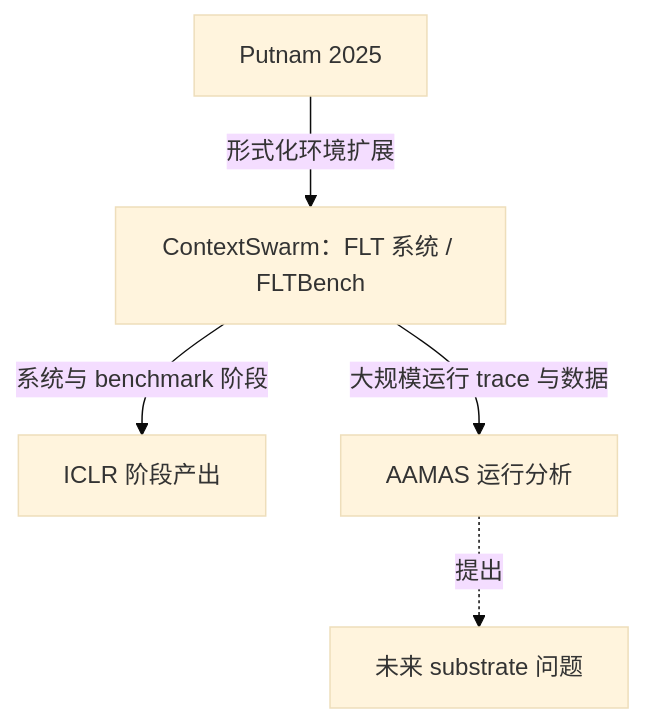
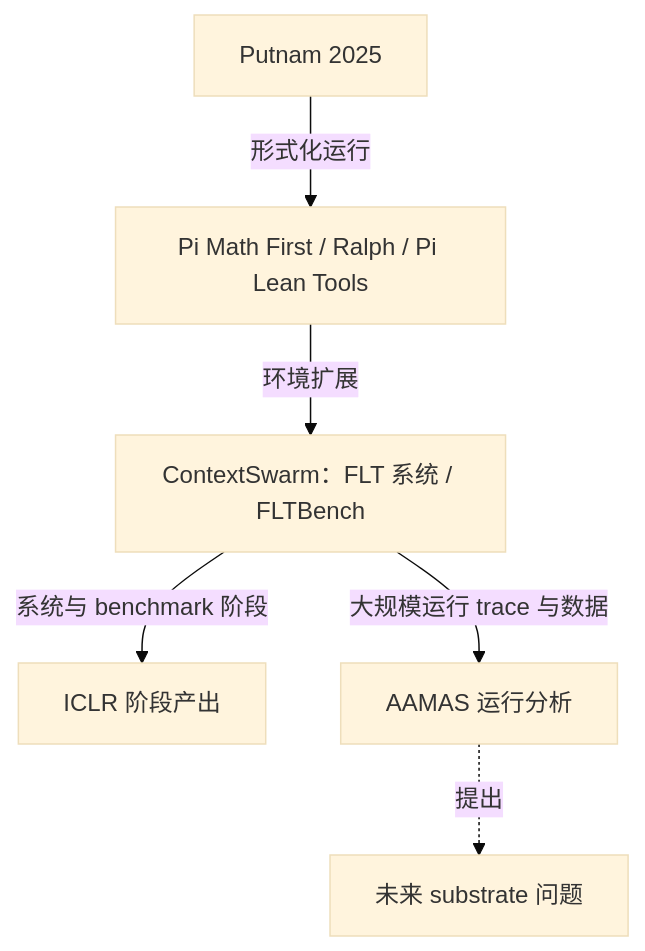
Before and after one commit to yuan-chengzhi/Researching-Research: the third of 3 diagrams in docs/research-graph.zh-CN.md, drawn with Mermaid (base theme). The commit also changed other lines of this file, not shown here.

Commit message:
Tighten ContextSwarm graph and evidence boundaries

````diff
--- a/docs/research-graph.zh-CN.md
+++ b/docs/research-graph.zh-CN.md
@@ -128,13 +128,15 @@
 ```mermaid
 flowchart TD
     A["Putnam 2025"]
-    B["ContextSwarm：FLT 系统 / FLTBench"]
-    C["ICLR 阶段产出"]
-    D["AAMAS 运行分析"]
-    E["未来 substrate 问题"]
+    B["Pi Math First / Ralph / Pi Lean Tools"]
+    C["ContextSwarm：FLT 系统 / FLTBench"]
+    D["ICLR 阶段产出"]
+    E["AAMAS 运行分析"]
+    F["未来 substrate 问题"]
 
-    A -->|"形式化环境扩展"| B
-    B -->|"系统与 benchmark 阶段"| C
-    B -->|"大规模运行 trace 与数据"| D
-    D -. "提出" .-> E
+    A -->|"形式化运行"| B
+    B -->|"环境扩展"| C
+    C -->|"系统与 benchmark 阶段"| D
+    C -->|"大规模运行 trace 与数据"| E
+    E -. "提出" .-> F
 ```
````
